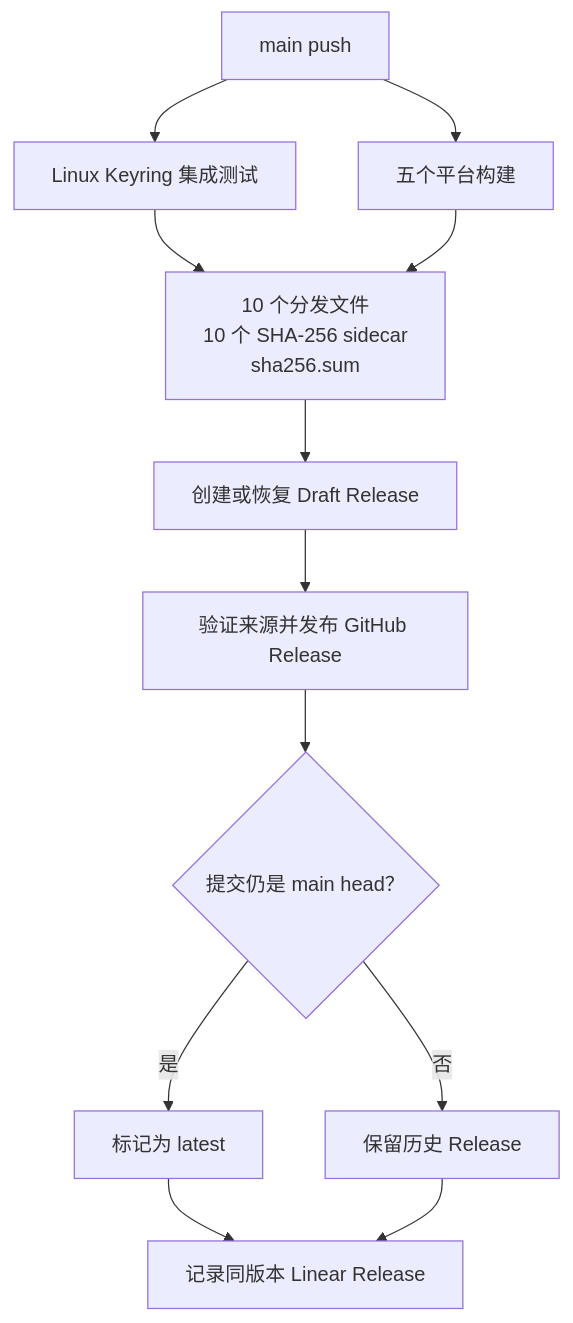
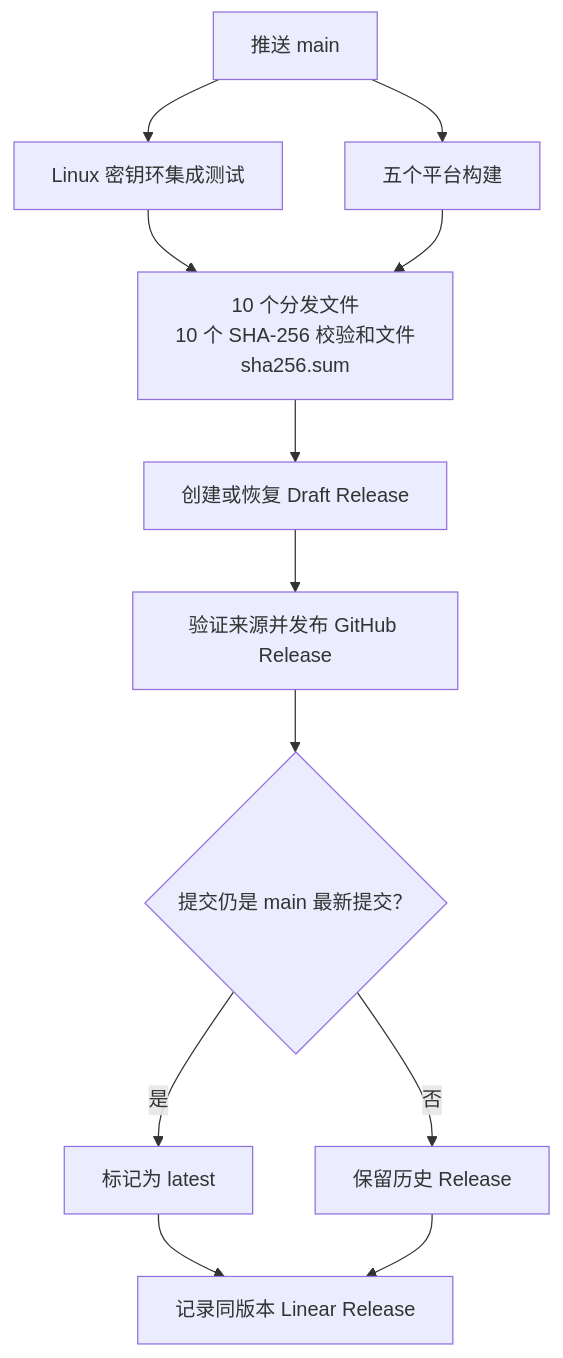
One commit to jihuanshe/linear changed the diagram in .agents/skills/releasing/SKILL.md. Above: the diagram before and after it, drawn with Mermaid. The commit also changed other lines of this file and 224 other files, not shown here.

````diff
--- a/.agents/skills/releasing/SKILL.md
+++ b/.agents/skills/releasing/SKILL.md
@@ -62,14 +62,14 @@
 ```mermaid
 flowchart TD
-  push["main push"] --> keyring["Linux Keyring 集成测试"]
+  push["推送 main"] --> keyring["Linux 密钥环集成测试"]
   push --> builds["五个平台构建"]
-  keyring --> assets["10 个分发文件<br/>10 个 SHA-256 sidecar<br/>sha256.sum"]
+  keyring --> assets["10 个分发文件<br/>10 个 SHA-256 校验和文件<br/>sha256.sum"]
   builds --> assets
   assets --> draft["创建或恢复 Draft Release"]
   draft --> attest["验证来源并发布 GitHub Release"]
-  attest --> head{"提交仍是 main head？"}
+  attest --> head{"提交仍是 main 最新提交？"}
   head -->|是| latest["标记为 latest"]
   head -->|否| history["保留历史 Release"]
   latest --> linear["记录同版本 Linear Release"]
   history --> linear
 ```
````
